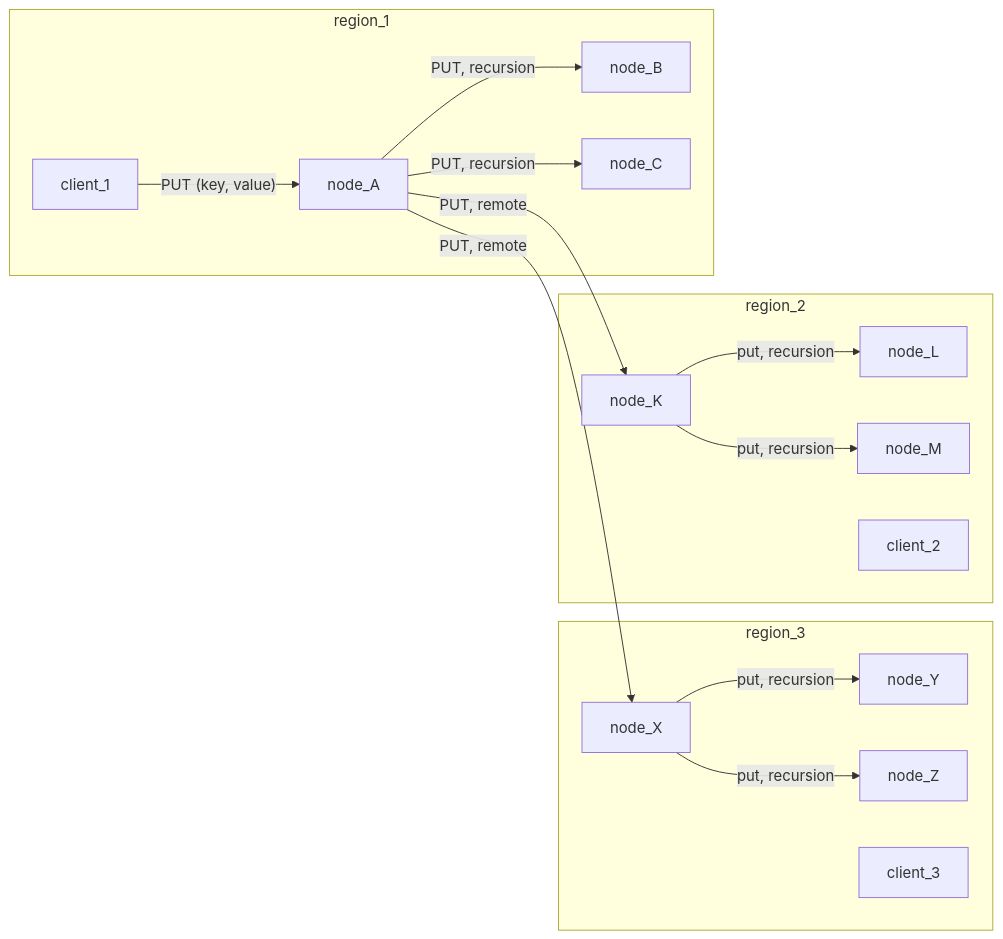
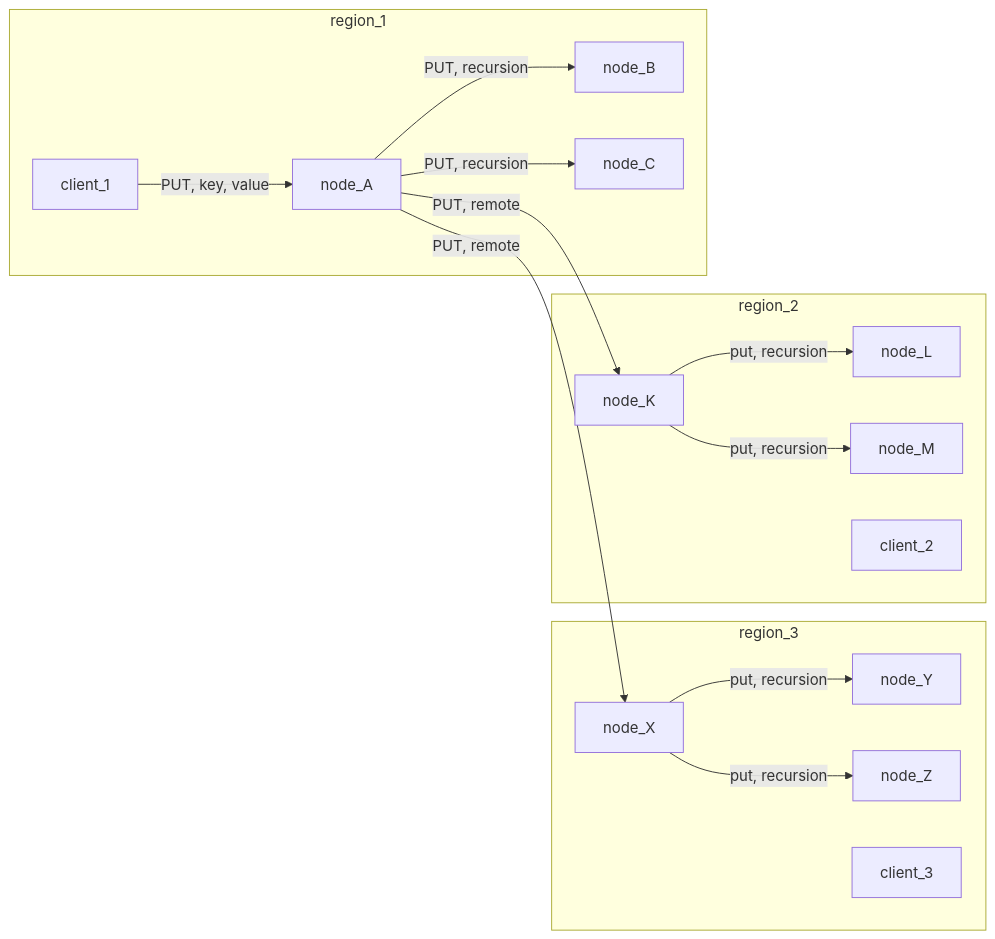
The second of 3 diagrams in README.md (starlocke/zerocache), drawn with Mermaid before and after one commit. The commit also changed other lines of this file, not shown here.

Commit message:
mermaid diagram edit

````diff
--- a/README.md
+++ b/README.md
@@ -64,29 +64,29 @@
 ```mermaid
 flowchart LR
     subgraph region_3
     node_X
     node_Y
     node_Z
     client_3
-    node_X -- put, recursion --> node_Y
-    node_X -- put, recursion --> node_Z
+    node_X -- "put, recursion" --> node_Y
+    node_X -- "put, recursion" --> node_Z
     end
     subgraph region_2
     node_K
     node_L
     node_M
     client_2
-    node_K -- put, recursion --> node_L
-    node_K -- put, recursion --> node_M
+    node_K -- "put, recursion" --> node_L
+    node_K -- "put, recursion" --> node_M
     end
     subgraph region_1
     node_A
     node_B
     node_C
-    client_1 -- PUT (key, value) --> node_A
-    node_A -- PUT, recursion --> node_B
-    node_A -- PUT, recursion --> node_C
-    node_A -- PUT, remote --> node_K
-    node_A -- PUT, remote --> node_X
+    client_1 -- "PUT, key, value" --> node_A
+    node_A -- "PUT, recursion" --> node_B
+    node_A -- "PUT, recursion" --> node_C
+    node_A -- "PUT, remote" --> node_K
+    node_A -- "PUT, remote" --> node_X
     end
 ```
````
